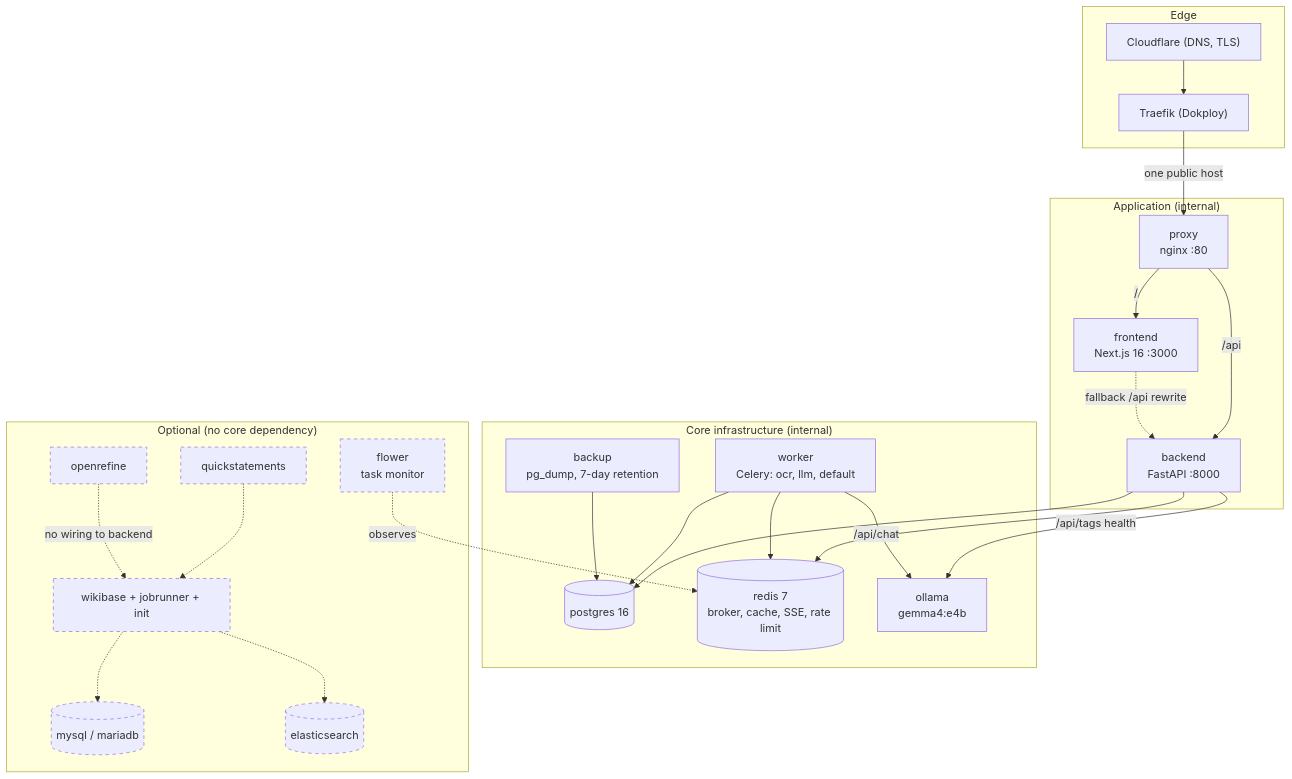
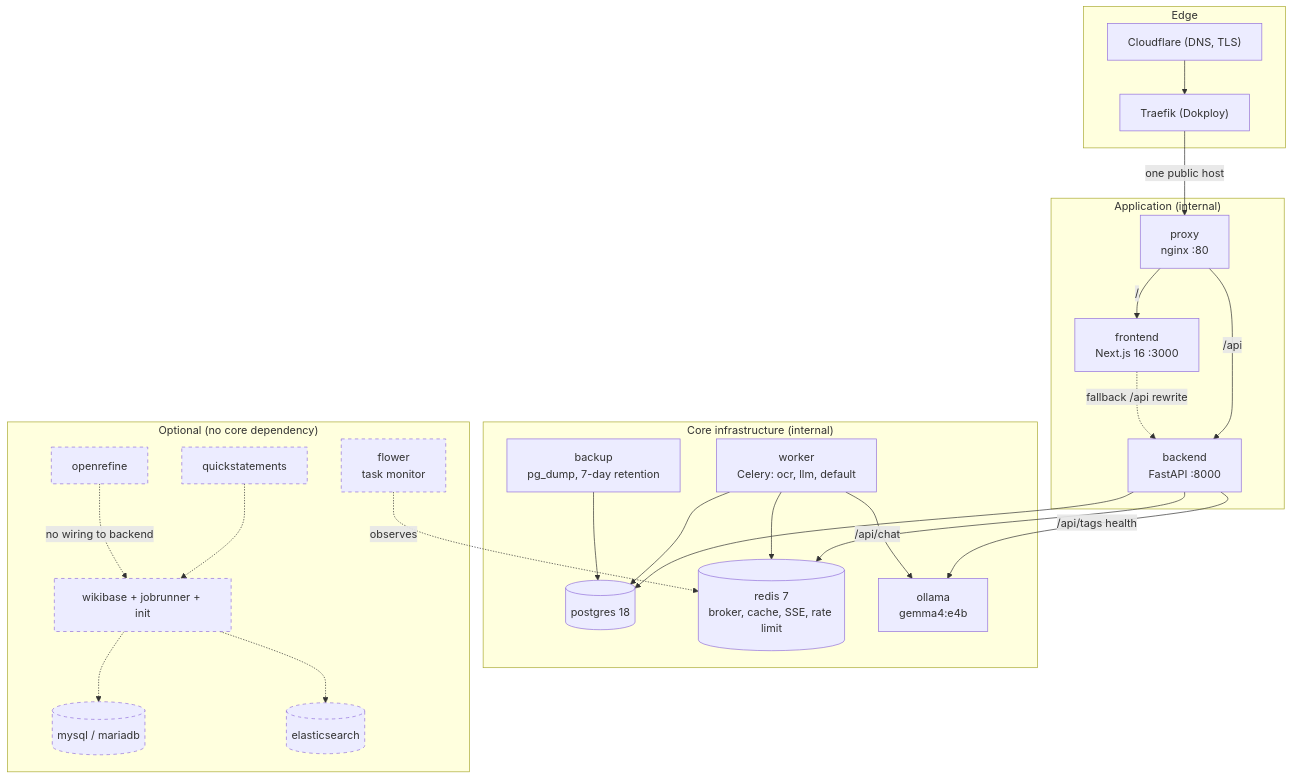
Before and after one commit to Agamya-Samuel/indic-book-metadata-extractor-v2: the first of 3 diagrams in docs/architecture/system-architecture.md, drawn with Mermaid. The commit also changed other lines of this file and 12 other files, not shown here.

````diff
--- a/docs/architecture/system-architecture.md
+++ b/docs/architecture/system-architecture.md
@@ -30,53 +30,53 @@
 ```mermaid
 flowchart TB
     subgraph edge["Edge"]
         CF["Cloudflare (DNS, TLS)"]
         TR["Traefik (Dokploy)"]
     end
 
     subgraph app["Application (internal)"]
         PX["proxy<br/>nginx :80"]
         FE["frontend<br/>Next.js 16 :3000"]
         BE["backend<br/>FastAPI :8000"]
     end
 
     subgraph core["Core infrastructure (internal)"]
-        PG[("postgres 16")]
+        PG[("postgres 18")]
         RD[("redis 7<br/>broker, cache, SSE, rate limit")]
         OL["ollama<br/>gemma4:e4b"]
         WK["worker<br/>Celery: ocr, llm, default"]
         BAK["backup<br/>pg_dump, 7-day retention"]
     end
 
     subgraph optional["Optional (no core dependency)"]
         FL["flower<br/>task monitor"]
         WB["wikibase + jobrunner + init"]
         QS["quickstatements"]
         MY[("mysql / mariadb")]
         ES[("elasticsearch")]
         OR["openrefine"]
     end
 
     CF --> TR
     TR -->|"one public host"| PX
     PX -->|"/"| FE
     PX -->|"/api"| BE
     FE -.->|"fallback /api rewrite"| BE
 
     BE --> PG
     BE --> RD
     BE -->|"/api/tags health"| OL
     WK --> PG
     WK --> RD
     WK -->|"/api/chat"| OL
     BAK --> PG
 
     FL -.->|"observes"| RD
     WB -.-> MY
     WB -.-> ES
     QS -.-> WB
     OR -.->|"no wiring to backend"| WB
 
     classDef opt stroke-dasharray: 5 5
     class FL,WB,QS,MY,ES,OR opt
 ```
````
